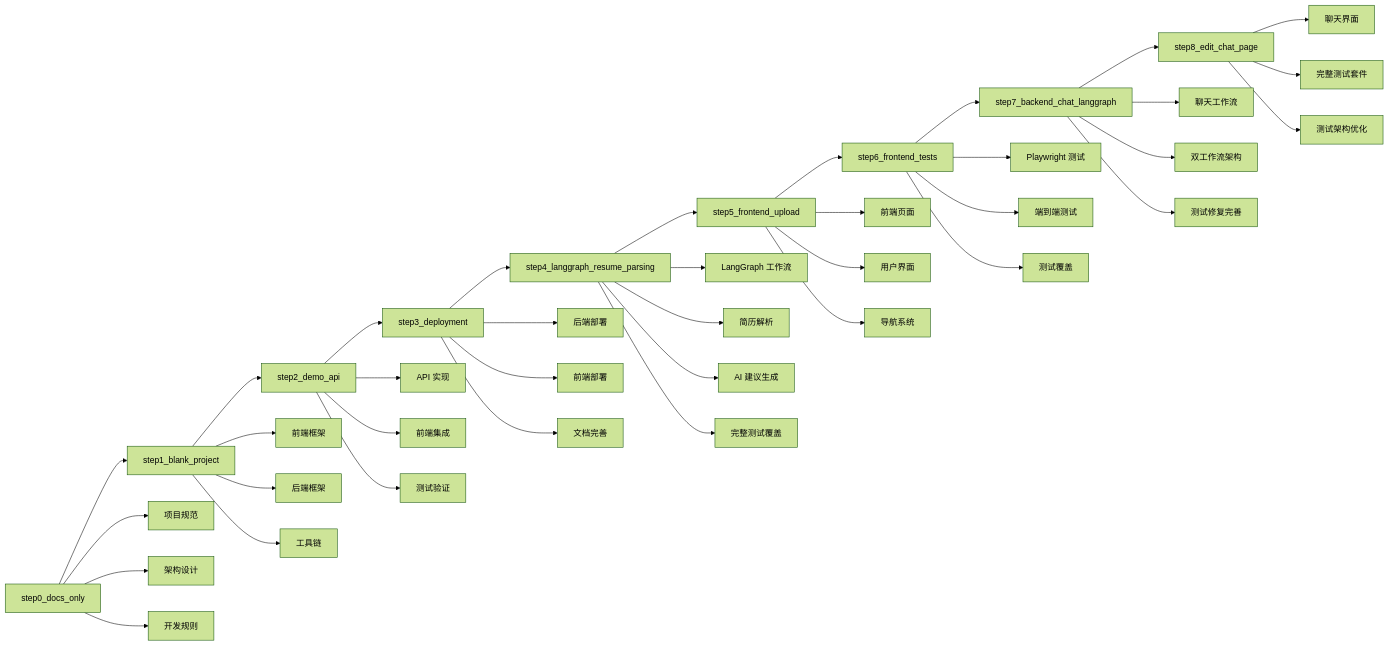
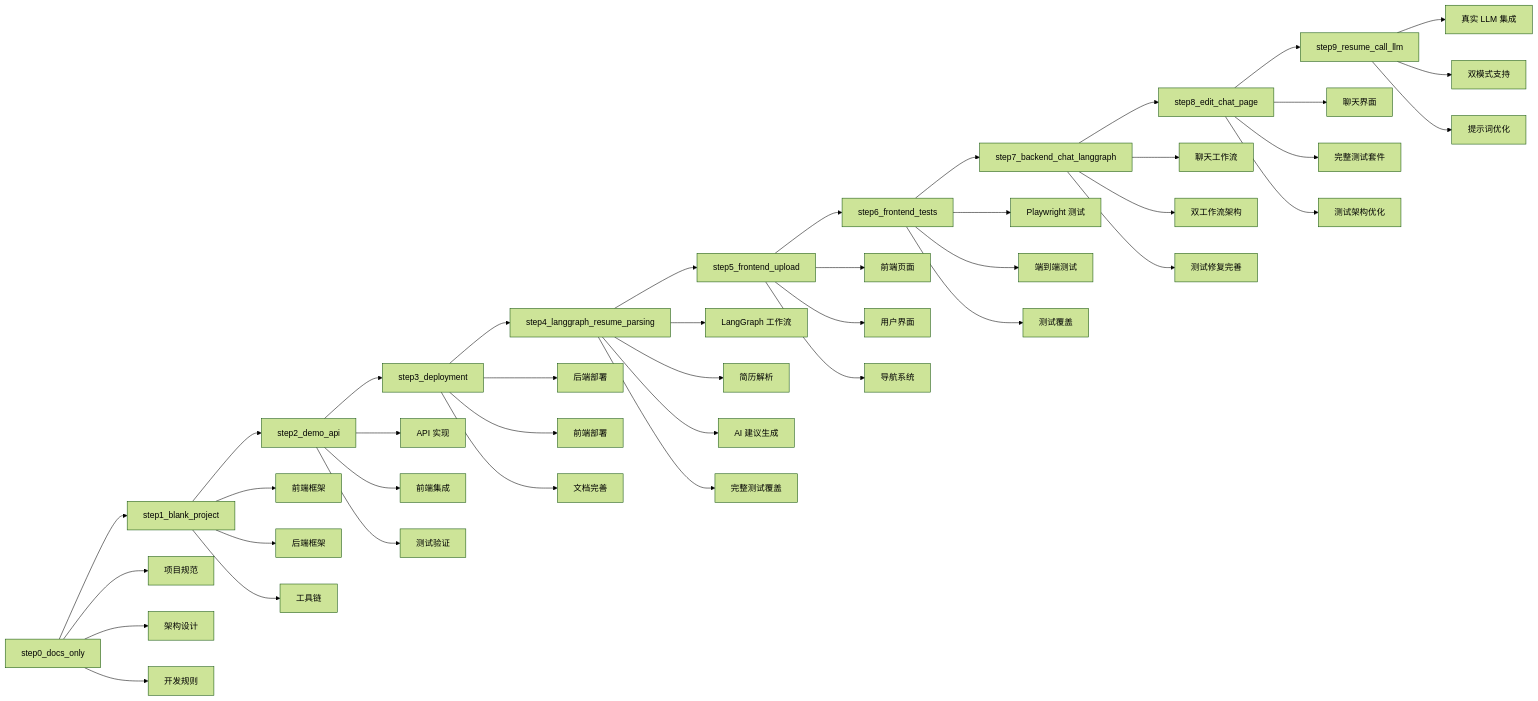
Before and after one commit to benyue1978/learn_agent_jobprep: the fifth of 5 diagrams in TAGS.md, drawn with Mermaid (forest theme). The commit also changed other lines of this file, not shown here.

Commit message:
docs: 更新 TAGS.md，添加 step9_resume_call_llm 版本记录

````diff
--- a/TAGS.md
+++ b/TAGS.md
@@ -514,48 +604,53 @@
 ```mermaid
 graph LR
     A[step0_docs_only] --> B[step1_blank_project]
     B --> C[step2_demo_api]
     C --> D[step3_deployment]
     D --> E[step4_langgraph_resume_parsing]
     E --> F[step5_frontend_upload]
     F --> G[step6_frontend_tests]
     G --> H[step7_backend_chat_langgraph]
     H --> I[step8_edit_chat_page]
+    I --> J[step9_resume_call_llm]
 
     A --> A1[项目规范]
     A --> A2[架构设计]
     A --> A3[开发规则]
 
     B --> B1[前端框架]
     B --> B2[后端框架]
     B --> B3[工具链]
 
     C --> C1[API 实现]
     C --> C2[前端集成]
     C --> C3[测试验证]
 
     D --> D1[后端部署]
     D --> D2[前端部署]
     D --> D3[文档完善]
 
     E --> E1[LangGraph 工作流]
     E --> E2[简历解析]
     E --> E3[AI 建议生成]
     E --> E4[完整测试覆盖]
 
     F --> F1[前端页面]
     F --> F2[用户界面]
     F --> F3[导航系统]
 
     G --> G1[Playwright 测试]
     G --> G2[端到端测试]
     G --> G3[测试覆盖]
 
     H --> H1[聊天工作流]
     H --> H2[双工作流架构]
     H --> H3[测试修复完善]
 
     I --> I1[聊天界面]
     I --> I2[完整测试套件]
     I --> I3[测试架构优化]
+
+    J --> J1[真实 LLM 集成]
+    J --> J2[双模式支持]
+    J --> J3[提示词优化]
 ```
````
